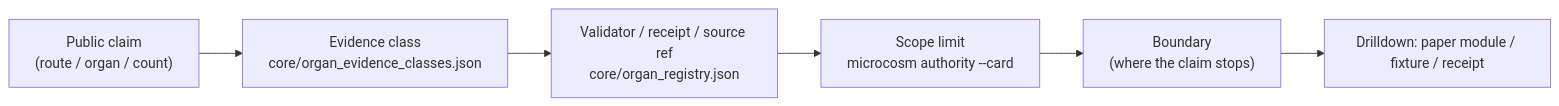
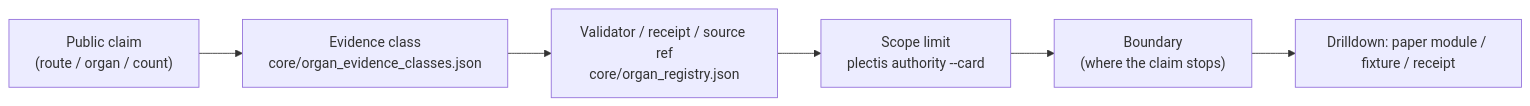
One commit to wcook04/plectis changed the second of 5 diagrams in ARCHITECTURE.md. Above: the diagram before and after it, drawn with Mermaid. The commit also changed other lines of this file and 969 other files, not shown here.

````diff
--- a/ARCHITECTURE.md
+++ b/ARCHITECTURE.md
@@ -38,8 +38,8 @@
 ```mermaid
 flowchart LR
   Claim["Public claim<br/>(route / organ / count)"] --> Class["Evidence class<br/>core/organ_evidence_classes.json"]
   Class --> Proof["Validator / receipt / source ref<br/>core/organ_registry.json"]
-  Proof --> Ceiling["Scope limit<br/>microcosm authority --card"]
+  Proof --> Ceiling["Scope limit<br/>plectis authority --card"]
   Ceiling --> Anti["Boundary<br/>(where the claim stops)"]
   Anti --> Drill["Drilldown: paper module / fixture / receipt"]
 ```
````
